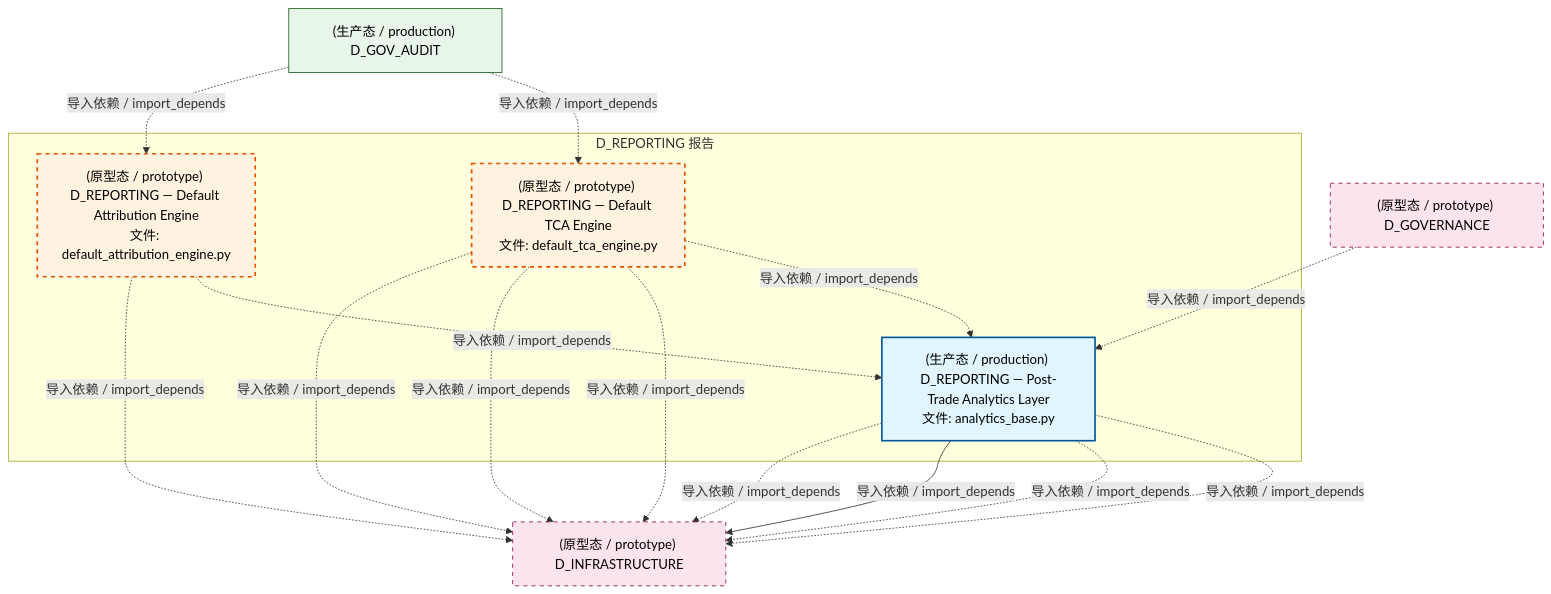
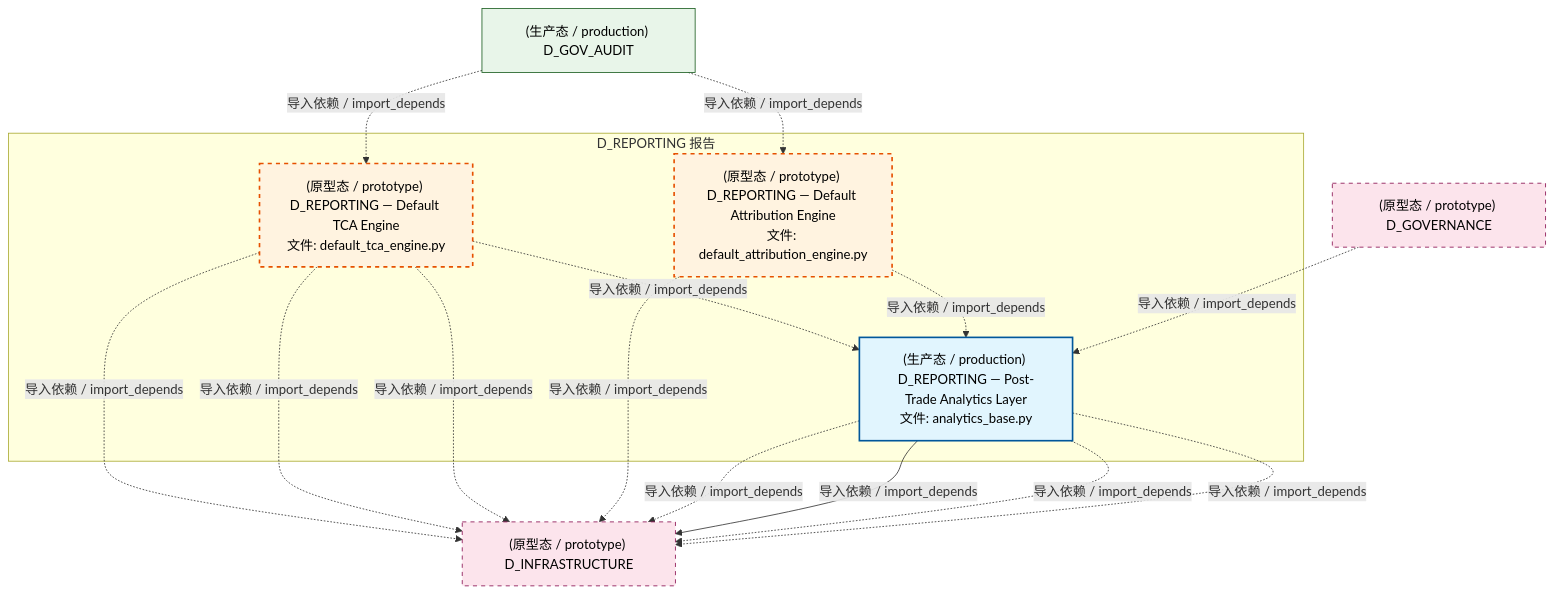
One commit to xuanFelixVan/ZephyrAlpha changed the first of 4 diagrams in docs/02_enterprise_architecture/02_domain_architecture_docs/23_d_reporting.md. Above: the diagram before and after it, drawn with Mermaid. The commit also changed other lines of this file and 98 other files, not shown here.

````diff
--- a/docs/02_enterprise_architecture/02_domain_architecture_docs/23_d_reporting.md
+++ b/docs/02_enterprise_architecture/02_domain_architecture_docs/23_d_reporting.md
@@ -65,32 +65,32 @@
 ```mermaid
 graph TD
     subgraph D_REPORTING["D_REPORTING 报告"]
         src_zephyr_reporting_analytics_base_py["(生产态 / production) D_REPORTING — Post-Trade Analytics Layer<br/>文件: analytics_base.py"]
         src_zephyr_reporting_default_attribution_engine_py["(原型态 / prototype) D_REPORTING — Default Attribution Engine<br/>文件: default_attribution_engine.py"]
         src_zephyr_reporting_default_tca_engine_py["(原型态 / prototype) D_REPORTING — Default TCA Engine<br/>文件: default_tca_engine.py"]
     end
     src_zephyr_reporting_default_tca_engine_py -.->|导入依赖 / import_depends| src_zephyr_reporting_analytics_base_py
     src_zephyr_reporting_default_attribution_engine_py -.->|导入依赖 / import_depends| src_zephyr_reporting_analytics_base_py
     D_INFRASTRUCTURE["(原型态 / prototype) D_INFRASTRUCTURE"]
-    src_zephyr_reporting_analytics_base_py -.->|导入依赖 / import_depends| D_INFRASTRUCTURE
-    src_zephyr_reporting_analytics_base_py -.->|导入依赖 / import_depends| D_INFRASTRUCTURE
-    src_zephyr_reporting_analytics_base_py -->|导入依赖 / import_depends| D_INFRASTRUCTURE
-    src_zephyr_reporting_analytics_base_py -.->|导入依赖 / import_depends| D_INFRASTRUCTURE
     src_zephyr_reporting_default_tca_engine_py -.->|导入依赖 / import_depends| D_INFRASTRUCTURE
     src_zephyr_reporting_default_tca_engine_py -.->|导入依赖 / import_depends| D_INFRASTRUCTURE
     src_zephyr_reporting_default_tca_engine_py -.->|导入依赖 / import_depends| D_INFRASTRUCTURE
     src_zephyr_reporting_default_attribution_engine_py -.->|导入依赖 / import_depends| D_INFRASTRUCTURE
+    src_zephyr_reporting_analytics_base_py -.->|导入依赖 / import_depends| D_INFRASTRUCTURE
+    src_zephyr_reporting_analytics_base_py -->|导入依赖 / import_depends| D_INFRASTRUCTURE
+    src_zephyr_reporting_analytics_base_py -.->|导入依赖 / import_depends| D_INFRASTRUCTURE
+    src_zephyr_reporting_analytics_base_py -.->|导入依赖 / import_depends| D_INFRASTRUCTURE
     D_GOV_AUDIT["(生产态 / production) D_GOV_AUDIT"]
     D_GOV_AUDIT -.->|导入依赖 / import_depends| src_zephyr_reporting_default_tca_engine_py
     D_GOV_AUDIT -.->|导入依赖 / import_depends| src_zephyr_reporting_default_attribution_engine_py
     D_GOVERNANCE["(原型态 / prototype) D_GOVERNANCE"]
     D_GOVERNANCE -.->|导入依赖 / import_depends| src_zephyr_reporting_analytics_base_py
     classDef production fill:#e1f5fe,stroke:#01579b,stroke-width:2px,color:#000
     classDef design fill:#fff3e0,stroke:#e65100,stroke-width:2px,color:#000,stroke-dasharray: 5 5
     classDef external_prod fill:#e8f5e9,stroke:#1b5e20,stroke-width:1px,color:#000
     classDef external_design fill:#fce4ec,stroke:#880e4f,stroke-width:1px,color:#000,stroke-dasharray: 5 5
     class src_zephyr_reporting_analytics_base_py production
     class src_zephyr_reporting_default_attribution_engine_py,src_zephyr_reporting_default_tca_engine_py design
     class D_GOV_AUDIT external_prod
     class D_INFRASTRUCTURE,D_GOVERNANCE external_design
 ```
````
